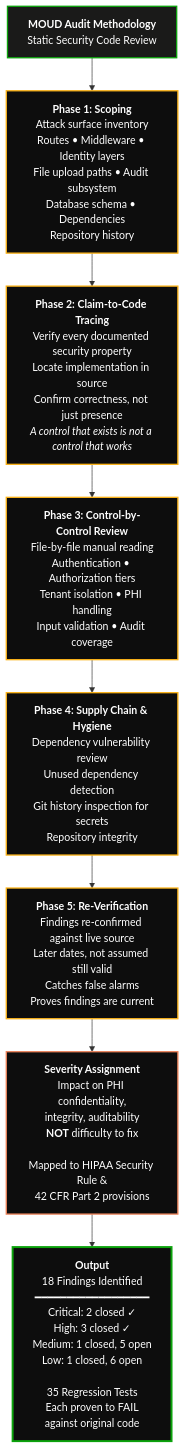
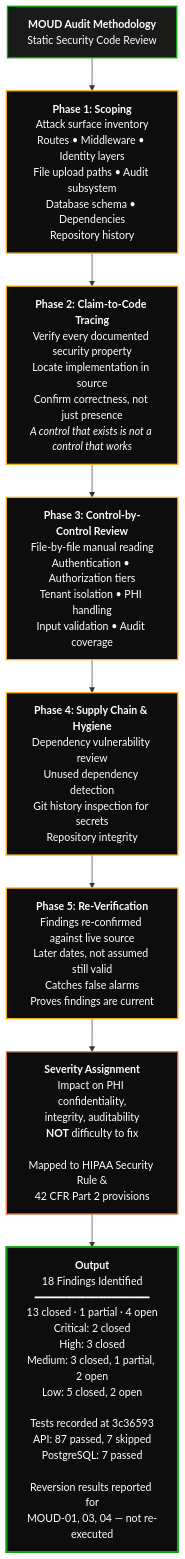
The diagram in docs/audit-methodology.mmd (IAM-ZeroTrustRon/MOUD-compliance-SecAudit), drawn with Mermaid before and after one commit.

Commit message:
docs(audit): align methodology diagram with findings matrix
The Output node still rendered the September distribution (Medium 1 closed,
5 open; Low 1 closed, 6 open) and claimed 35 regression tests each proven to
fail, which the dated reconciliation no longer supports. Restate the approved
totals and the recorded evidence baseline so the diagram no longer contradicts
docs/FINDINGS-MATRIX.md.

```diff
--- a/docs/audit-methodology.mmd
+++ b/docs/audit-methodology.mmd
@@ -1,23 +1,23 @@
 graph TD
     A["<b>MOUD Audit Methodology</b><br/>Static Security Code Review"] --> B["<b>Phase 1: Scoping</b><br/>Attack surface inventory<br/>Routes • Middleware • Identity layers<br/>File upload paths • Audit subsystem<br/>Database schema • Dependencies<br/>Repository history"]
 
     B --> C["<b>Phase 2: Claim-to-Code Tracing</b><br/>Verify every documented security property<br/>Locate implementation in source<br/>Confirm correctness, not just presence<br/><i>A control that exists is not a control that works</i>"]
 
     C --> D["<b>Phase 3: Control-by-Control Review</b><br/>File-by-file manual reading<br/>Authentication • Authorization tiers<br/>Tenant isolation • PHI handling<br/>Input validation • Audit coverage"]
 
     D --> E["<b>Phase 4: Supply Chain & Hygiene</b><br/>Dependency vulnerability review<br/>Unused dependency detection<br/>Git history inspection for secrets<br/>Repository integrity"]
 
     E --> F["<b>Phase 5: Re-Verification</b><br/>Findings re-confirmed against live source<br/>Later dates, not assumed still valid<br/>Catches false alarms<br/>Proves findings are current"]
 
     F --> G["<b>Severity Assignment</b><br/>Impact on PHI confidentiality,<br/>integrity, auditability<br/><b>NOT</b> difficulty to fix<br/><br/>Mapped to HIPAA Security Rule &<br/>42 CFR Part 2 provisions"]
 
-    G --> H["<b>Output</b><br/>18 Findings Identified<br/>━━━━━━━━━━━━━━━━━━<br/>Critical: 2 closed ✓<br/>High: 3 closed ✓<br/>Medium: 1 closed, 5 open<br/>Low: 1 closed, 6 open<br/><br/>35 Regression Tests<br/>Each proven to FAIL<br/>against original code"]
+    G --> H["<b>Output</b><br/>18 Findings Identified<br/>━━━━━━━━━━━━━━━━━━<br/>13 closed · 1 partial · 4 open<br/>Critical: 2 closed<br/>High: 3 closed<br/>Medium: 3 closed, 1 partial, 2 open<br/>Low: 5 closed, 2 open<br/><br/>Tests recorded at 3c36593<br/>API: 87 passed, 7 skipped<br/>PostgreSQL: 7 passed<br/><br/>Reversion results reported for<br/>MOUD-01, 03, 04 — not re-executed"]
 
     style A fill:#1a1a19,stroke:#0ca30c,stroke-width:2px,color:#fff
     style B fill:#0d0d0d,stroke:#fab219,stroke-width:2px,color:#fff
     style C fill:#0d0d0d,stroke:#fab219,stroke-width:2px,color:#fff
     style D fill:#0d0d0d,stroke:#fab219,stroke-width:2px,color:#fff
     style E fill:#0d0d0d,stroke:#fab219,stroke-width:2px,color:#fff
     style F fill:#0d0d0d,stroke:#fab219,stroke-width:2px,color:#fff
     style G fill:#0d0d0d,stroke:#ec835a,stroke-width:2px,color:#fff
     style H fill:#0d0d0d,stroke:#0ca30c,stroke-width:3px,color:#fff
```
